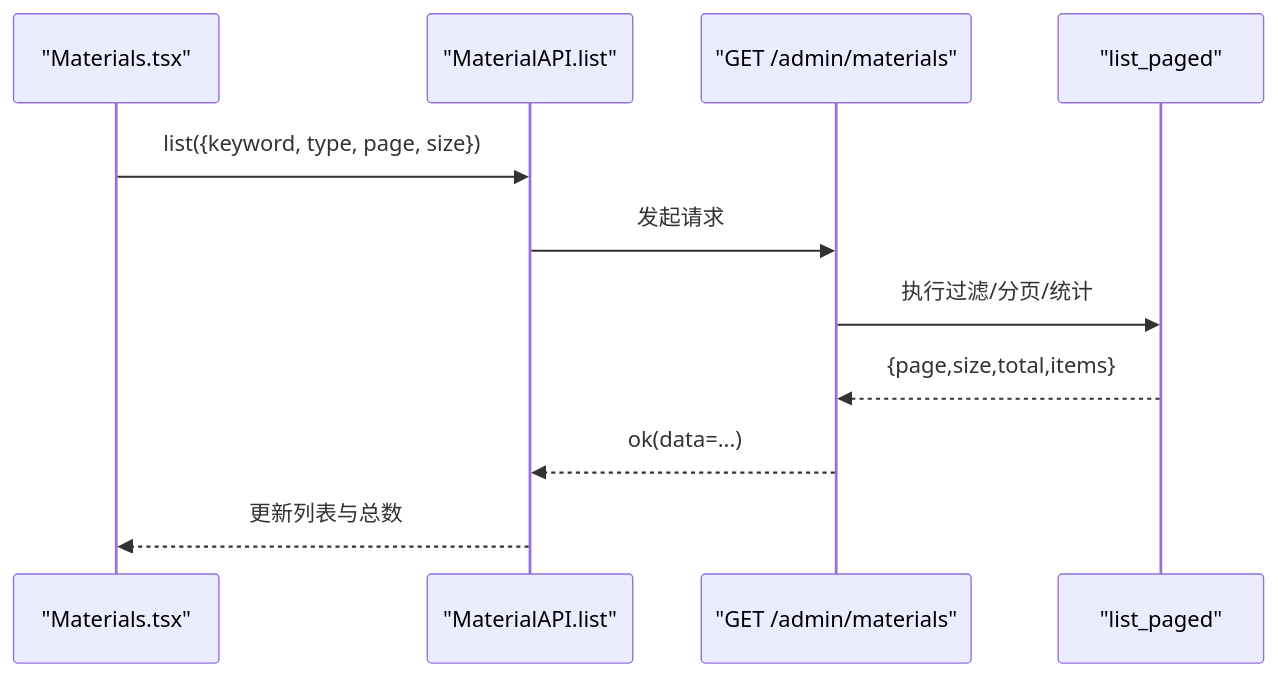
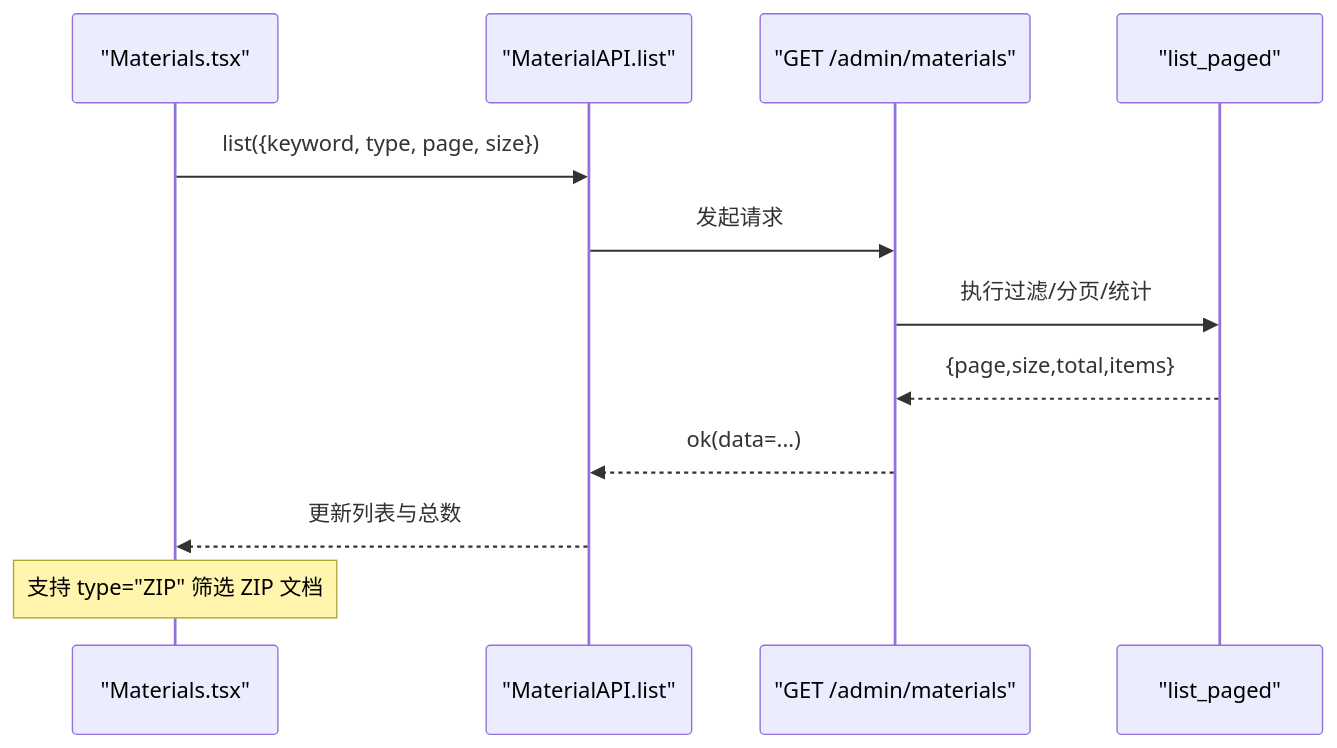
Before and after one commit to leo21cn/ai-learning-hub: the fourth of 7 diagrams in .qoder/repowiki/zh/content/前端开发指南/页面开发/管理后台页面开发/素材管理页面.md, drawn with Mermaid. The commit also changed other lines of this file and 41 other files, not shown here.

````diff
--- a/.qoder/repowiki/zh/content/前端开发指南/页面开发/管理后台页面开发/素材管理页面.md
+++ b/.qoder/repowiki/zh/content/前端开发指南/页面开发/管理后台页面开发/素材管理页面.md
@@ -243,13 +288,14 @@
 ```mermaid
 sequenceDiagram
 participant FE as "Materials.tsx"
 participant API as "MaterialAPI.list"
 participant AM as "GET /admin/materials"
 participant SVC as "list_paged"
 FE->>API : list({keyword, type, page, size})
 API->>AM : 发起请求
 AM->>SVC : 执行过滤/分页/统计
 SVC-->>AM : {page,size,total,items}
 AM-->>API : ok(data=...)
 API-->>FE : 更新列表与总数
+Note over FE : 支持 type="ZIP" 筛选 ZIP 文档
 ```
````
